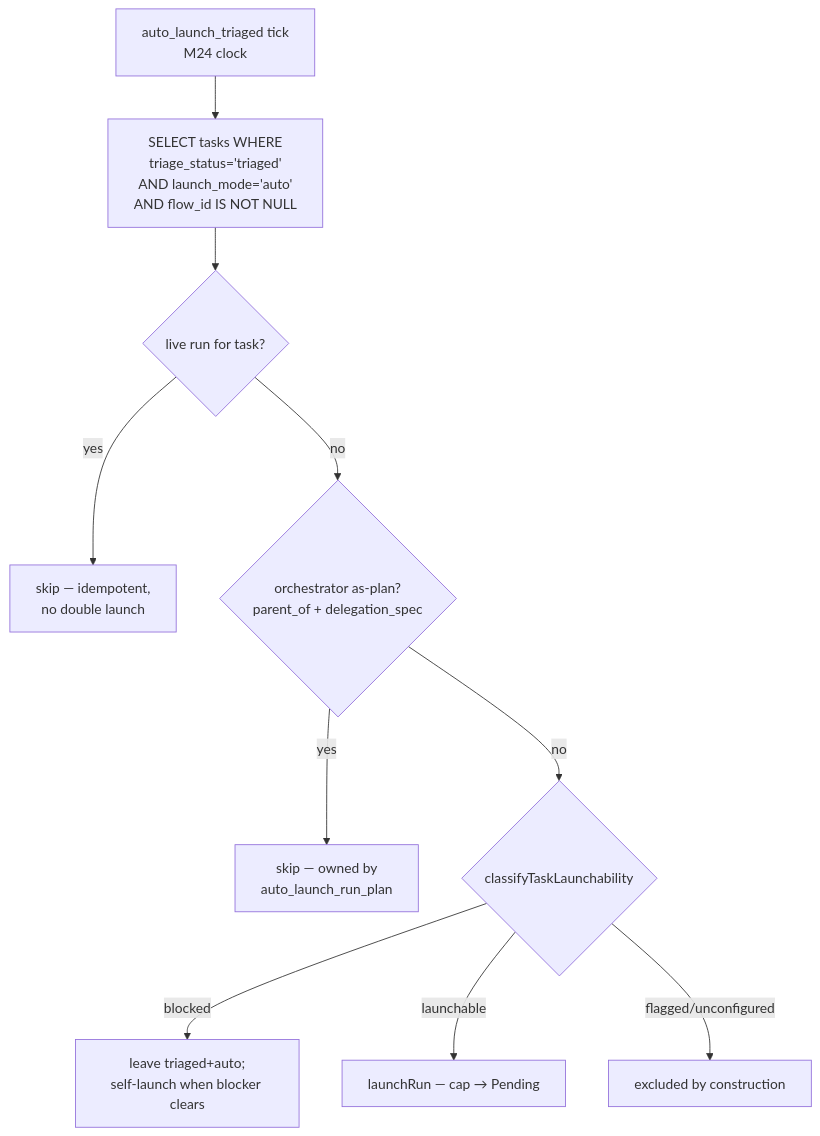
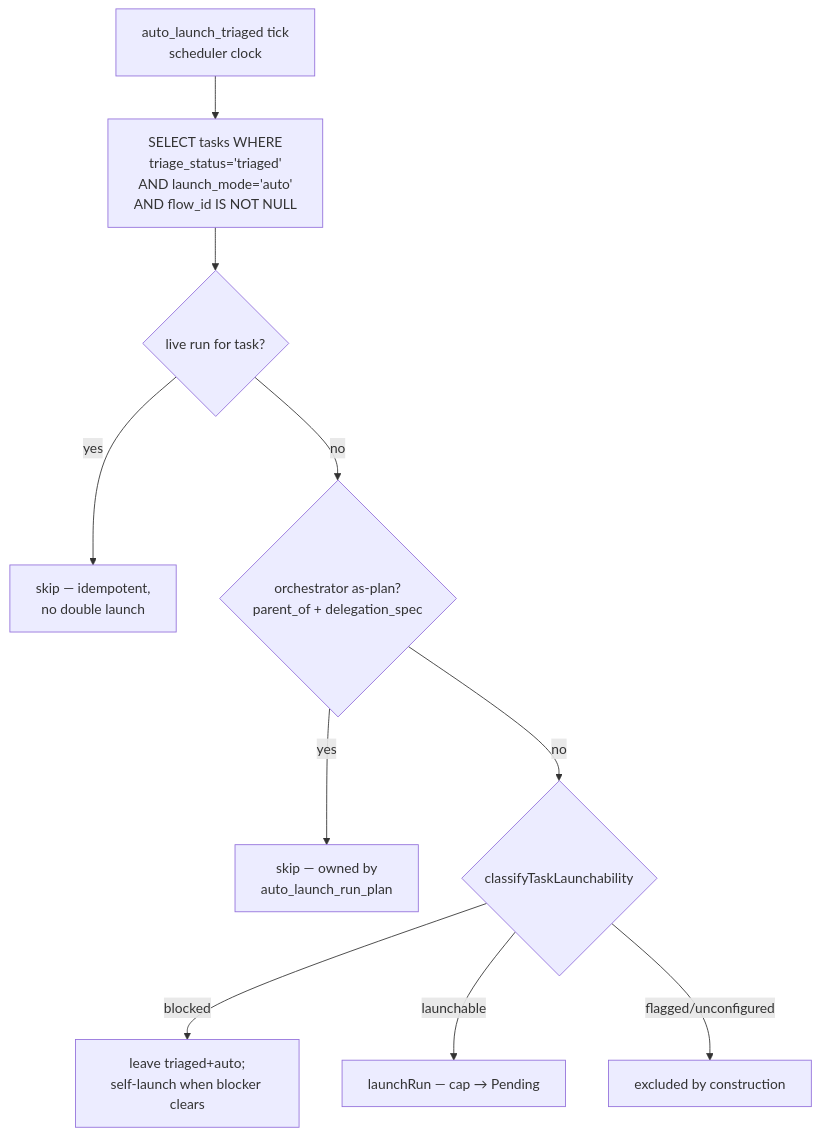
The seventh of 9 diagrams in docs/system-analytics/tasks.md (maister-dev/maister), drawn with Mermaid before and after one commit. The commit also changed other lines of this file and 89 other files, not shown here.

````diff
--- a/docs/system-analytics/tasks.md
+++ b/docs/system-analytics/tasks.md
@@ -300,12 +300,12 @@
 ```mermaid
 flowchart TD
-    Tick[auto_launch_triaged tick<br/>M24 clock] --> Scan[SELECT tasks WHERE<br/>triage_status='triaged'<br/>AND launch_mode='auto'<br/>AND flow_id IS NOT NULL]
+    Tick[auto_launch_triaged tick<br/>scheduler clock] --> Scan[SELECT tasks WHERE<br/>triage_status='triaged'<br/>AND launch_mode='auto'<br/>AND flow_id IS NOT NULL]
     Scan --> Live{live run for task?}
     Live -- yes --> Skip[skip — idempotent,<br/>no double launch]
     Live -- no --> Plan{orchestrator as-plan?<br/>parent_of + delegation_spec}
     Plan -- yes --> Skip2[skip — owned by<br/>auto_launch_run_plan]
     Plan -- no --> Class{classifyTaskLaunchability}
     Class -- blocked --> Wait[leave triaged+auto;<br/>self-launch when blocker clears]
     Class -- launchable --> Launch[launchRun — cap → Pending]
     Class -- flagged/unconfigured --> Excluded[excluded by construction]
 ```
````
